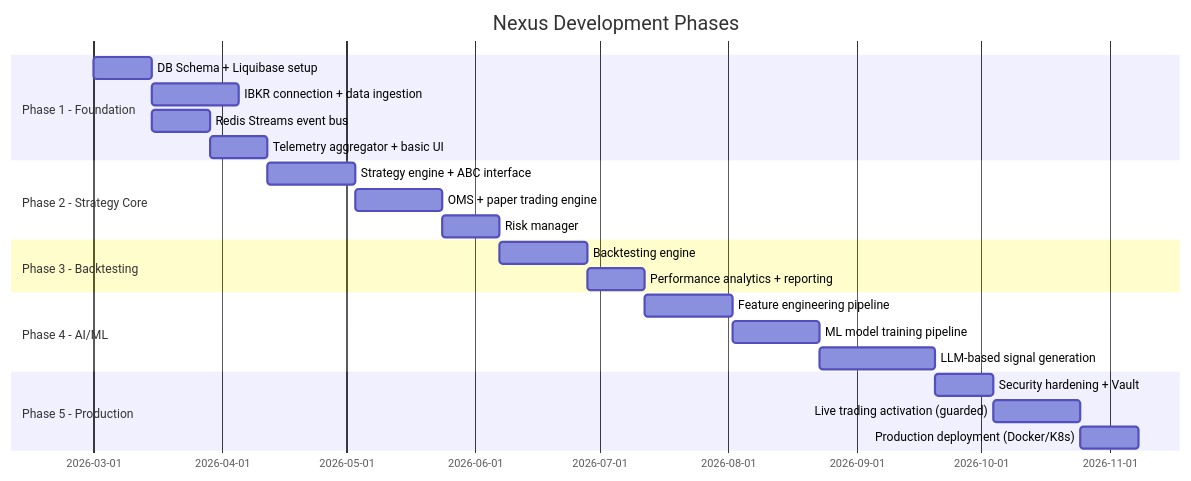
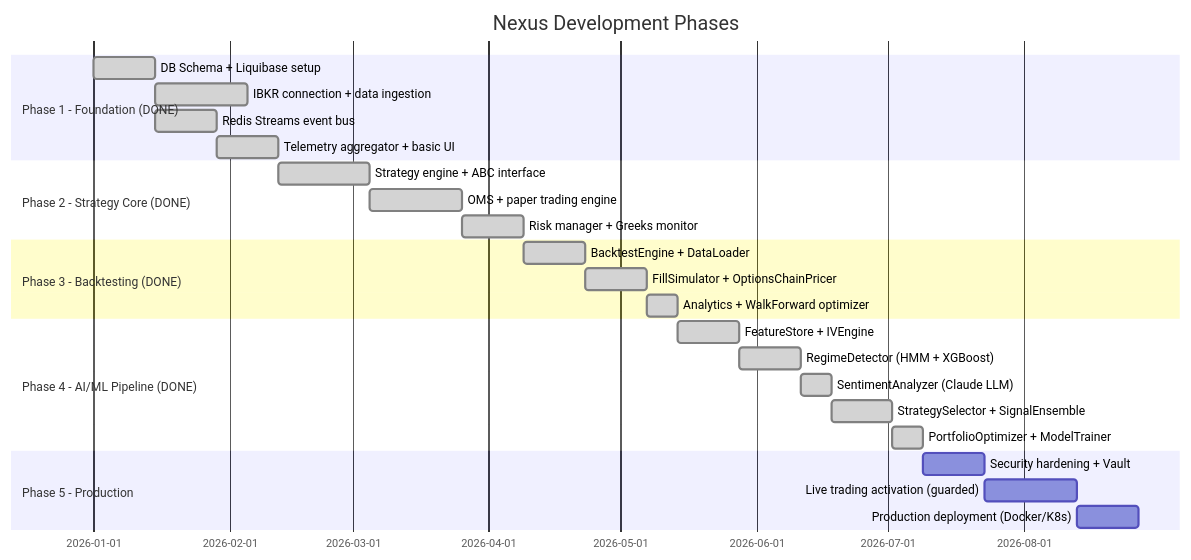
One commit to gihanchamara/Nexus changed diagram 13 of 13 in README.md. Above: the diagram before and after it, drawn with Mermaid. The commit also changed other lines of this file and 1 other file, not shown here.

````diff
--- a/README.md
+++ b/README.md
@@ -733,29 +879,32 @@
 ```mermaid
 gantt
     title Nexus Development Phases
     dateFormat  YYYY-MM
-    section Phase 1 - Foundation
-    DB Schema + Liquibase setup        :p1a, 2026-03, 2w
-    IBKR connection + data ingestion   :p1b, after p1a, 3w
-    Redis Streams event bus            :p1c, after p1a, 2w
-    Telemetry aggregator + basic UI    :p1d, after p1c, 2w
+    section Phase 1 - Foundation (DONE)
+    DB Schema + Liquibase setup        :done, p1a, 2026-01, 2w
+    IBKR connection + data ingestion   :done, p1b, after p1a, 3w
+    Redis Streams event bus            :done, p1c, after p1a, 2w
+    Telemetry aggregator + basic UI    :done, p1d, after p1c, 2w
 
-    section Phase 2 - Strategy Core
-    Strategy engine + ABC interface    :p2a, after p1d, 3w
-    OMS + paper trading engine         :p2b, after p2a, 3w
-    Risk manager                       :p2c, after p2b, 2w
+    section Phase 2 - Strategy Core (DONE)
+    Strategy engine + ABC interface    :done, p2a, after p1d, 3w
+    OMS + paper trading engine         :done, p2b, after p2a, 3w
+    Risk manager + Greeks monitor      :done, p2c, after p2b, 2w
 
-    section Phase 3 - Backtesting
-    Backtesting engine                 :p3a, after p2c, 3w
-    Performance analytics + reporting  :p3b, after p3a, 2w
+    section Phase 3 - Backtesting (DONE)
+    BacktestEngine + DataLoader        :done, p3a, after p2c, 2w
+    FillSimulator + OptionsChainPricer :done, p3b, after p3a, 2w
+    Analytics + WalkForward optimizer  :done, p3c, after p3b, 1w
 
-    section Phase 4 - AI/ML
-    Feature engineering pipeline       :p4a, after p3b, 3w
-    ML model training pipeline         :p4b, after p4a, 3w
-    LLM-based signal generation        :p4c, after p4b, 4w
+    section Phase 4 - AI/ML Pipeline (DONE)
+    FeatureStore + IVEngine            :done, p4a, after p3c, 2w
+    RegimeDetector (HMM + XGBoost)     :done, p4b, after p4a, 2w
+    SentimentAnalyzer (Claude LLM)     :done, p4c, after p4b, 1w
+    StrategySelector + SignalEnsemble  :done, p4d, after p4c, 2w
+    PortfolioOptimizer + ModelTrainer  :done, p4e, after p4d, 1w
 
     section Phase 5 - Production
-    Security hardening + Vault         :p5a, after p4c, 2w
+    Security hardening + Vault         :p5a, after p4e, 2w
     Live trading activation (guarded)  :p5b, after p5a, 3w
     Production deployment (Docker/K8s) :p5c, after p5b, 2w
 ```
````
